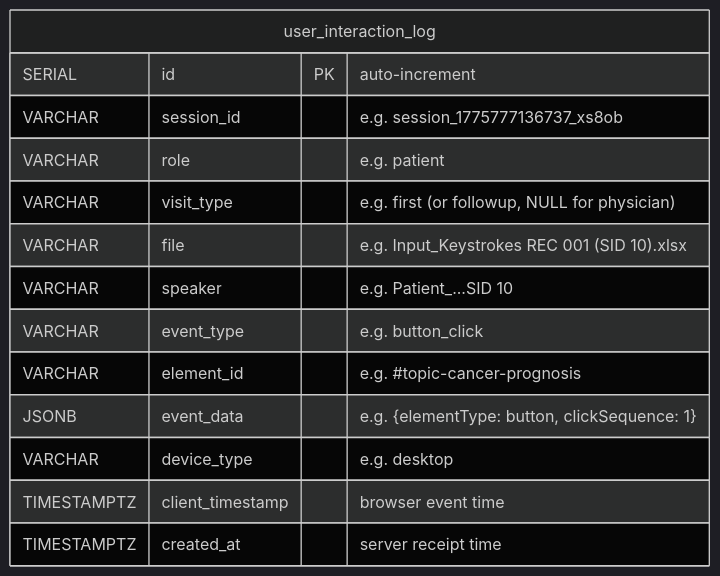
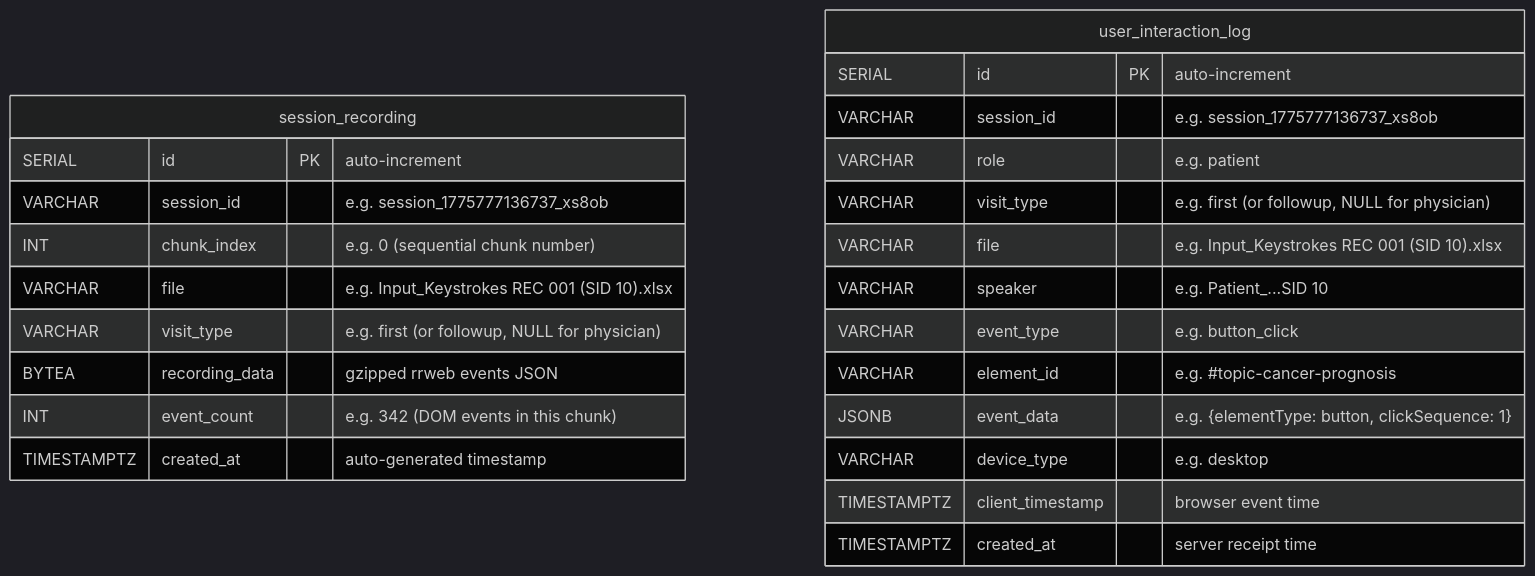
One commit to HyunjunA/Prostate_cancer_consultation changed the sixth of 6 diagrams in app/Backend/patient_doctor_interface_erd_v3_en.md. Above: the diagram before and after it, drawn with Mermaid (dark theme). The commit also changed other lines of this file and 1 other file, not shown here.

First line of the commit message:
docs: update ERD v3 and schema to match actual implementation

````diff
--- a/app/Backend/patient_doctor_interface_erd_v3_en.md
+++ b/app/Backend/patient_doctor_interface_erd_v3_en.md
@@ -217,17 +218,28 @@
 ```mermaid
 erDiagram
+    session_recording {
+        SERIAL id PK "auto-increment"
+        VARCHAR session_id "e.g. session_1775777136737_xs8ob"
+        INT chunk_index "e.g. 0 (sequential chunk number)"
+        VARCHAR file "e.g. Input_Keystrokes REC 001 (SID 10).xlsx"
+        VARCHAR visit_type "e.g. first (or followup, NULL for physician)"
+        BYTEA recording_data "gzipped rrweb events JSON"
+        INT event_count "e.g. 342 (DOM events in this chunk)"
+        TIMESTAMPTZ created_at "auto-generated timestamp"
+    }
+
     user_interaction_log {
         SERIAL id PK "auto-increment"
         VARCHAR session_id "e.g. session_1775777136737_xs8ob"
         VARCHAR role "e.g. patient"
         VARCHAR visit_type "e.g. first (or followup, NULL for physician)"
         VARCHAR file "e.g. Input_Keystrokes REC 001 (SID 10).xlsx"
         VARCHAR speaker "e.g. Patient_...SID 10"
         VARCHAR event_type "e.g. button_click"
         VARCHAR element_id "e.g. #topic-cancer-prognosis"
         JSONB event_data "e.g. {elementType: button, clickSequence: 1}"
         VARCHAR device_type "e.g. desktop"
         TIMESTAMPTZ client_timestamp "browser event time"
         TIMESTAMPTZ created_at "server receipt time"
     }
 ```
````
